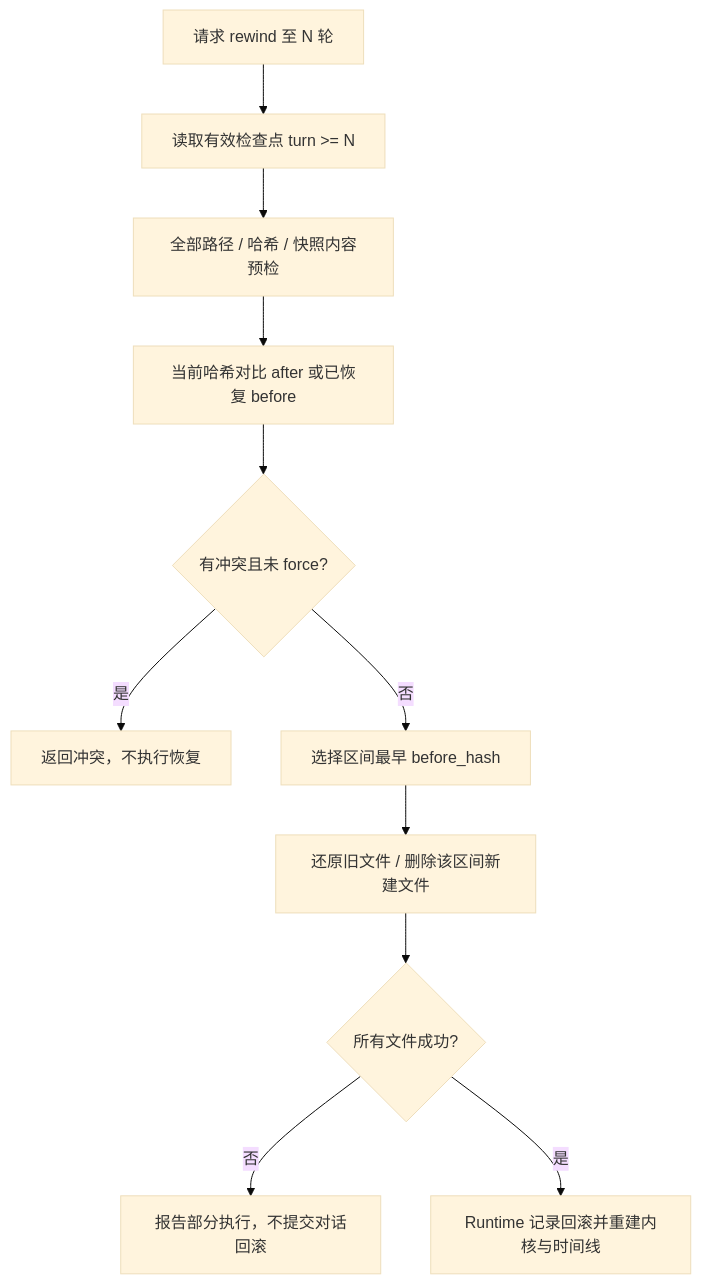
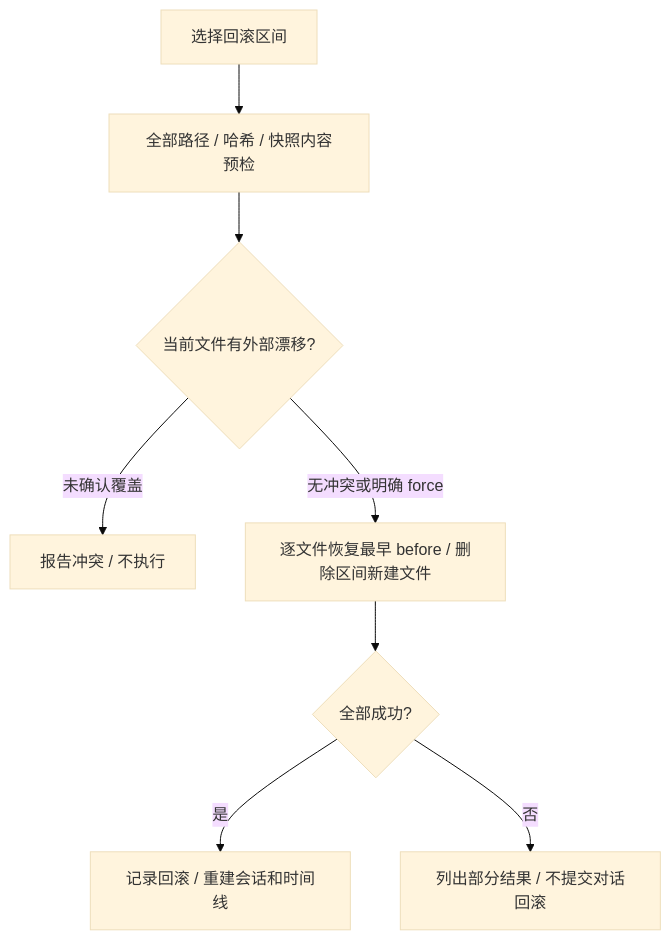
Before and after one commit to MARKIR123/logox: the diagram in docs/modules/07_store.md, drawn with Mermaid (base theme). The commit also changed other lines of this file and 87 other files, not shown here.

````diff
--- a/docs/modules/07_store.md
+++ b/docs/modules/07_store.md
@@ -43,13 +46,10 @@
 ```mermaid
 flowchart TD
-    A[请求 rewind 至 N 轮] --> B[读取有效检查点 turn >= N]
-    B --> V[全部路径 / 哈希 / 快照内容预检]
-    V --> C[当前哈希对比 after 或已恢复 before]
-    C --> D{有冲突且未 force?}
-    D -- 是 --> E[返回冲突，不执行恢复]
-    D -- 否 --> F[选择区间最早 before_hash]
-    F --> G[还原旧文件 / 删除该区间新建文件]
-    G --> S{所有文件成功?}
-    S -- 否 --> X[报告部分执行，不提交对话回滚]
-    S -- 是 --> H[Runtime 记录回滚并重建内核与时间线]
+    A[选择回滚区间] --> B[全部路径 / 哈希 / 快照内容预检]
+    B --> C{当前文件有外部漂移?}
+    C -- 未确认覆盖 --> D[报告冲突 / 不执行]
+    C -- 无冲突或明确 force --> E[逐文件恢复最早 before / 删除区间新建文件]
+    E --> F{全部成功?}
+    F -- 是 --> G[记录回滚 / 重建会话和时间线]
+    F -- 否 --> H[列出部分结果 / 不提交对话回滚]
 ```
````
